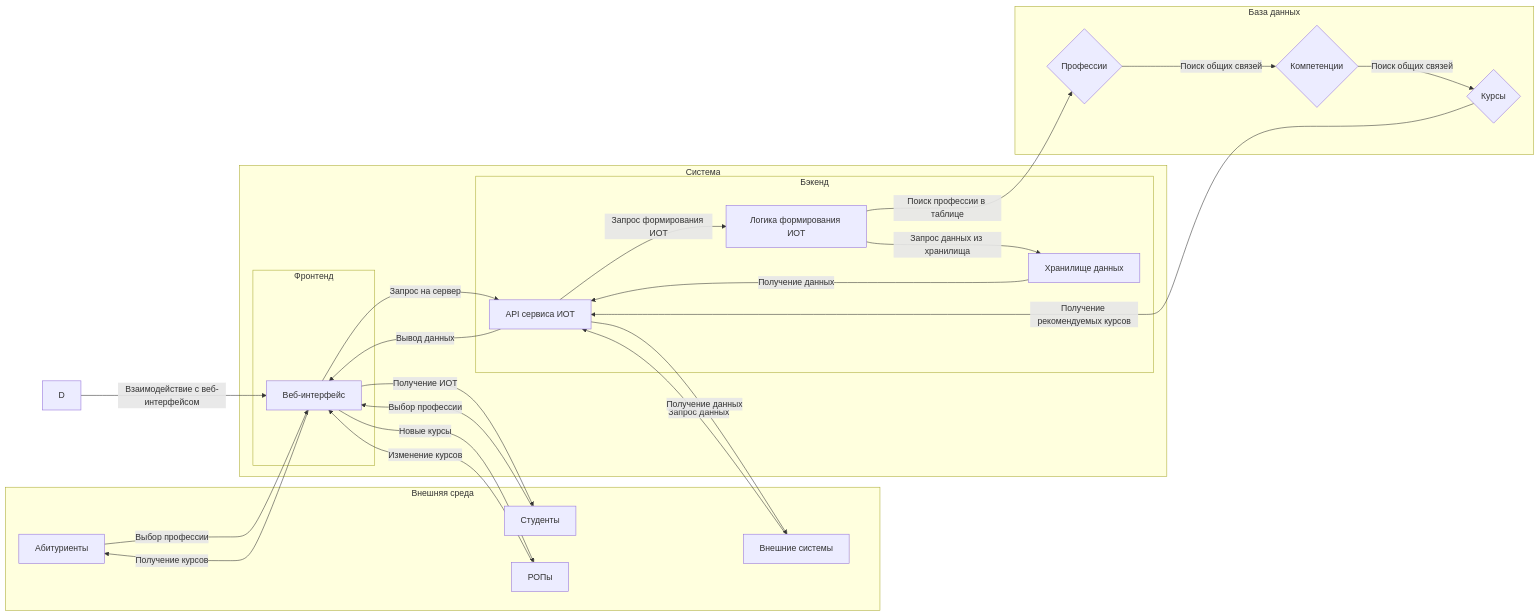
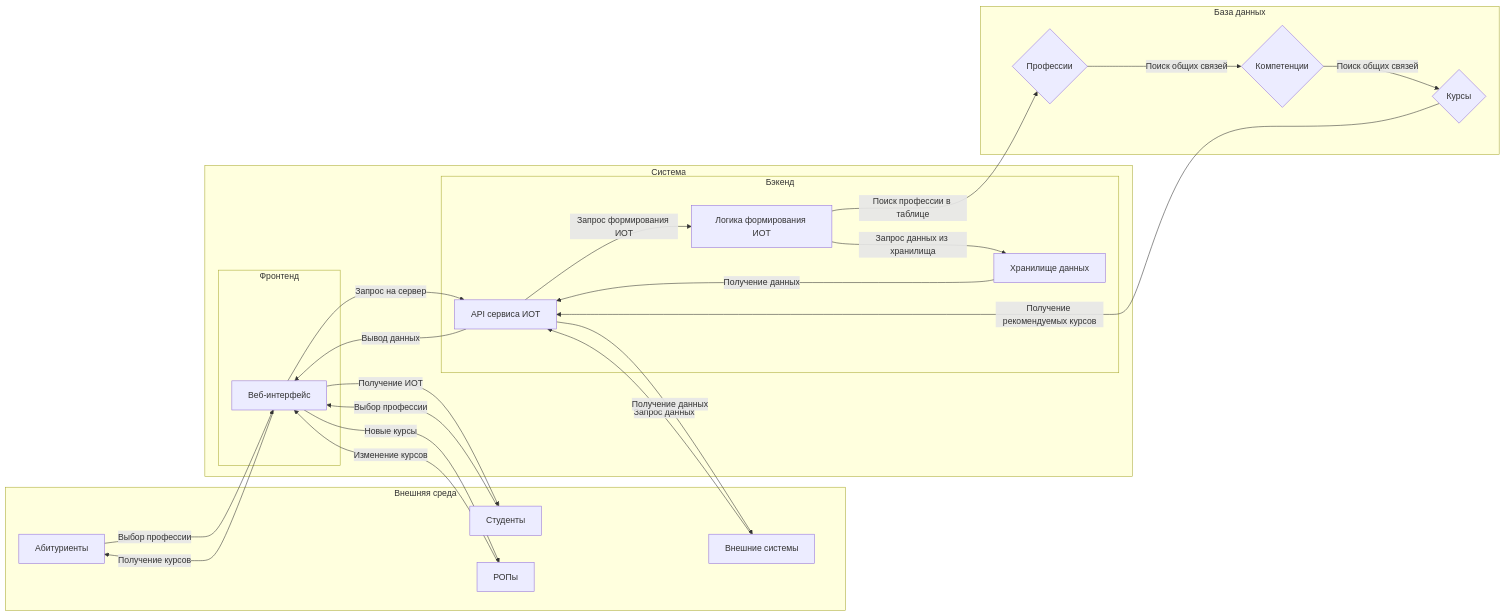
Before and after one commit to sardelkaaa/Individual-Education-Trajectory: the diagram in README.md, drawn with Mermaid.

Commit message:
README.md

````diff
--- a/README.md
+++ b/README.md
@@ -3,48 +3,47 @@
 ```mermaid
 graph LR
     subgraph Внешняя среда
         A[Абитуриенты]
         B[Студенты]
         C[РОПы]
         E[Внешние системы]
     end
 
     subgraph Система
         subgraph Фронтенд
             Z1[Веб-интерфейс]
         end
         subgraph Бэкенд
             Z2[API сервиса ИОТ]
             Z3[Логика формирования ИОТ]
             Z4[Хранилище данных]
         end
     end
 
     subgraph База данных
         F{Курсы}
         G{Компетенции}
         H{Профессии}
     end
 
     A --Выбор профессии--> Z1
     B --Выбор профессии--> Z1
     C --Изменение курсов--> Z1
-    D --Взаимодействие с веб-интерфейсом--> Z1
     Z1 --Получение курсов--> A
     Z1 --Получение ИОТ--> B
     Z1 --Новые курсы--> C
     E --Запрос данных--> Z2
 
     Z1 --Запрос на сервер--> Z2
     Z2 --Запрос формирования ИОТ--> Z3
     Z3 --Запрос данных из хранилища--> Z4
     Z4 --Получение данных--> Z2
     Z2 --Вывод данных--> Z1
 
     Z3 --Поиск профессии в таблице--> H
     H --Поиск общих связей--> G
     G --Поиск общих связей--> F
     F --Получение рекомендуемых курсов--> Z2
 
     Z2 --Получение данных--> E
 ```
````
